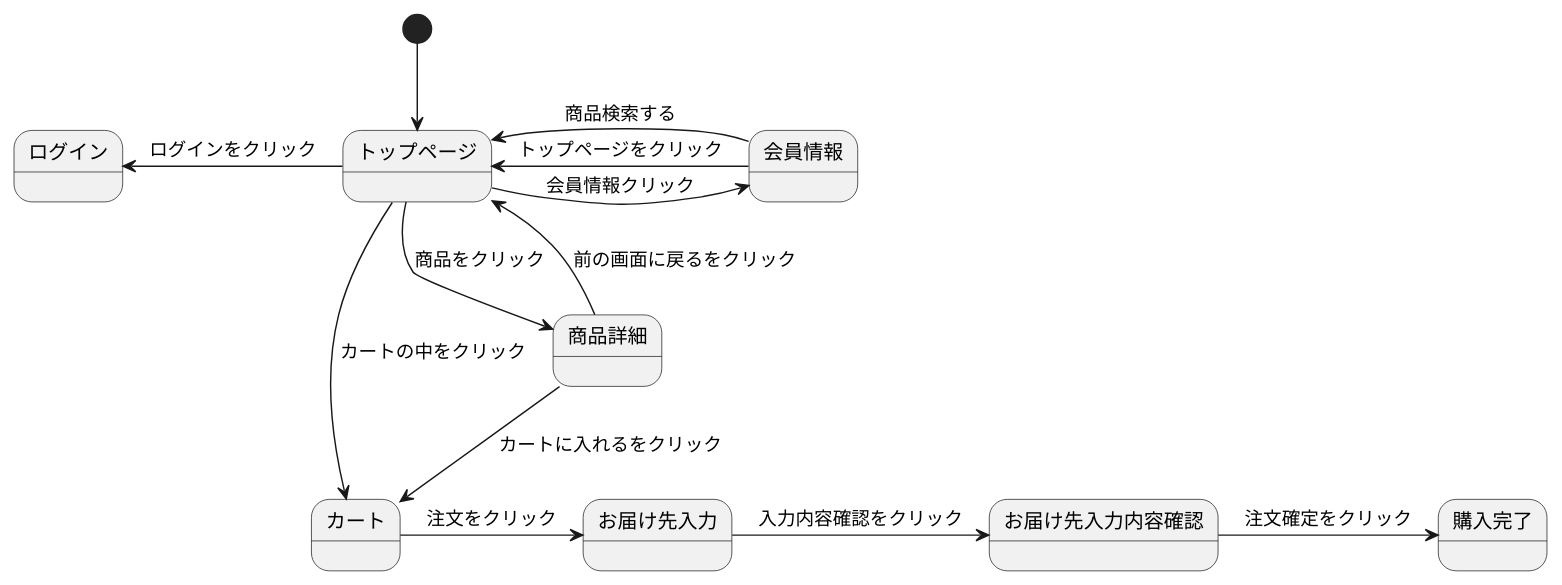
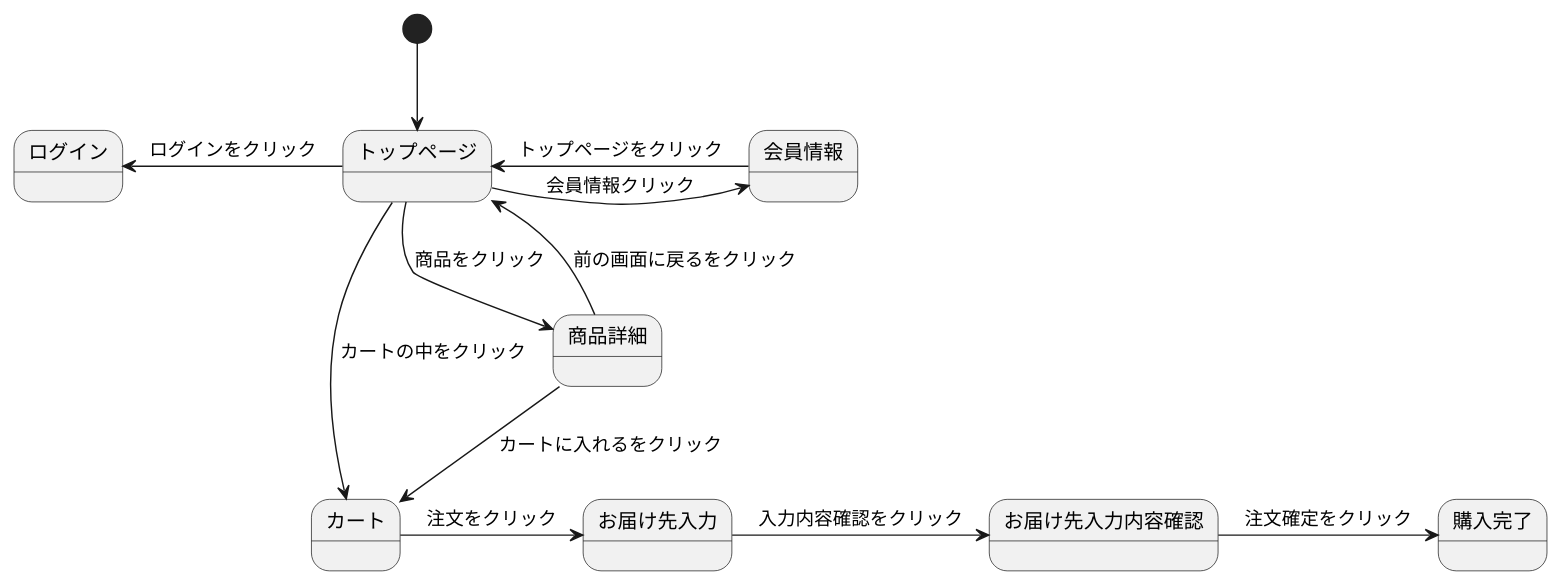
One commit to Aso2001413/2021sys-design changed the diagram in test.md. Above: the diagram before and after it, drawn with PlantUML.

````diff
--- a/test.md
+++ b/test.md
@@ -1,17 +1,16 @@
 ```uml
 @startuml
 [*] --> トップページ
 トップページ -> 会員情報 : 会員情報クリック
 トップページ -left-> ログイン : ログインをクリック
 トップページ --> 商品詳細 : 商品をクリック
 トップページ --> カート : カートの中をクリック
 商品詳細 --> カート : カートに入れるをクリック
 商品詳細 --> トップページ : 前の画面に戻るをクリック
 会員情報 -> トップページ : トップページをクリック
-会員情報 -> トップページ : 商品検索する
 カート -> お届け先入力 : 注文をクリック
 お届け先入力 -> お届け先入力内容確認 : 入力内容確認をクリック
 お届け先入力内容確認 -> 購入完了 : 注文確定をクリック
 @enduml
 
 ```
````
